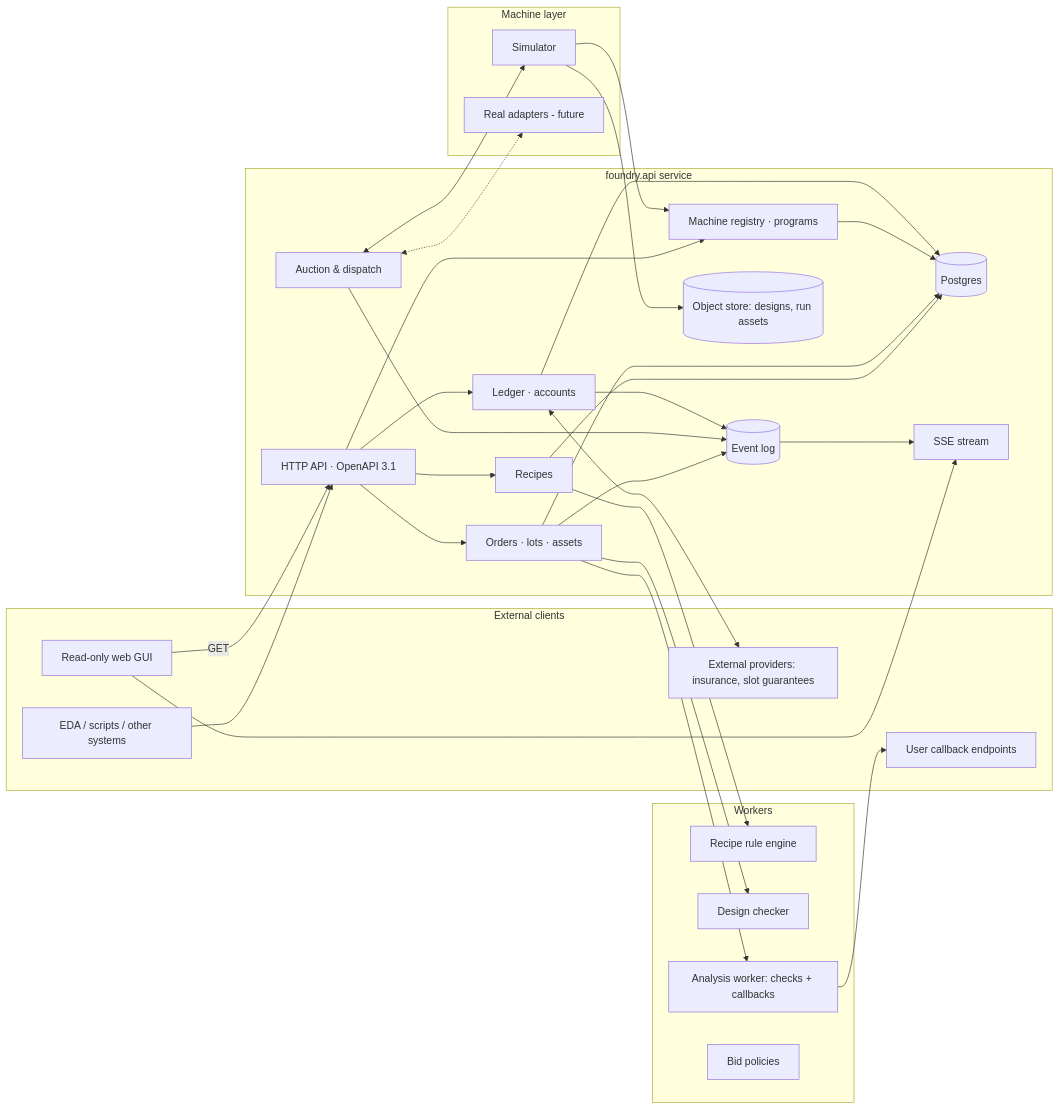
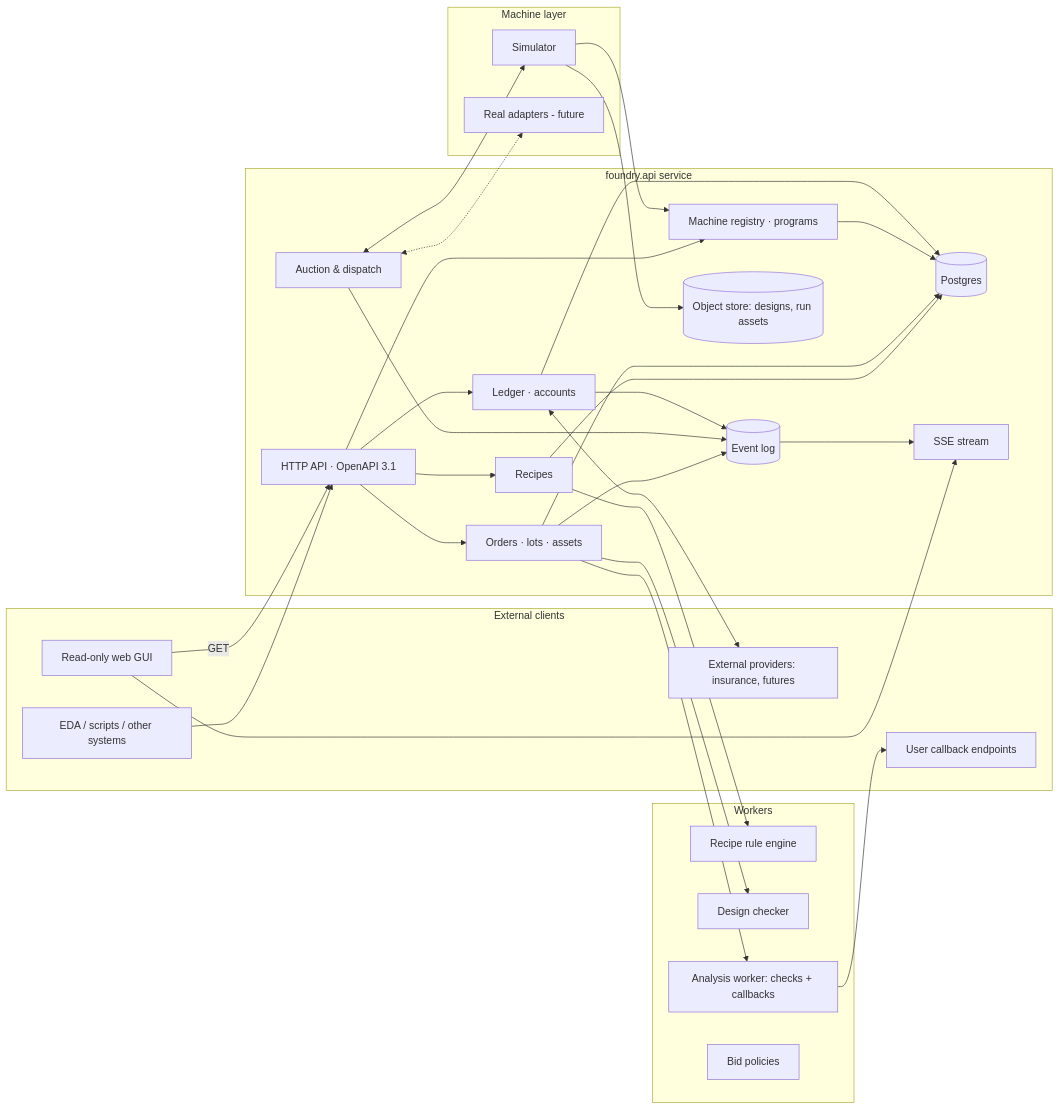
One commit to mithro/foundry.api changed the second of 2 diagrams in DESIGN.md. Above: the diagram before and after it, drawn with Mermaid. The commit also changed other lines of this file, not shown here.

First line of the commit message:
Futures fix cost, not position: remove reservations and slot guarantees

````diff
--- a/DESIGN.md
+++ b/DESIGN.md
@@ -361,45 +360,45 @@
 ```mermaid
 flowchart LR
     subgraph clients [External clients]
         EDA[EDA / scripts / other systems]
         GUI[Read-only web GUI]
         CB[User callback endpoints]
-        INS[External providers: insurance, slot guarantees]
+        INS[External providers: insurance, futures]
     end
     subgraph core [foundry.api service]
         API[HTTP API · OpenAPI 3.1]
         RS[Recipes]
         OS[Orders · lots · assets]
         REG[Machine registry · programs]
         AUC[Auction & dispatch]
         LED[Ledger · accounts]
         EVT[(Event log)]
         DB[(Postgres)]
         OBJ[(Object store: designs, run assets)]
         SSE[SSE stream]
     end
     subgraph workers [Workers]
         RV[Recipe rule engine]
         DV[Design checker]
         AN[Analysis worker: checks + callbacks]
         BOT[Bid policies]
     end
     subgraph fab [Machine layer]
         SIM[Simulator]
         ADP[Real adapters - future]
     end
     EDA --> API
     GUI -->|GET| API
     GUI --> SSE
     API --> RS & OS & REG & LED
     RS --> RV
     OS --> DV
     OS --> AN --> CB
     LED <--> INS
     RS & OS & REG & LED --> DB
     OS & AUC & LED --> EVT --> SSE
     AUC <--> SIM
     AUC <-.-> ADP
     SIM --> REG
     SIM --> OBJ
 ```
````
